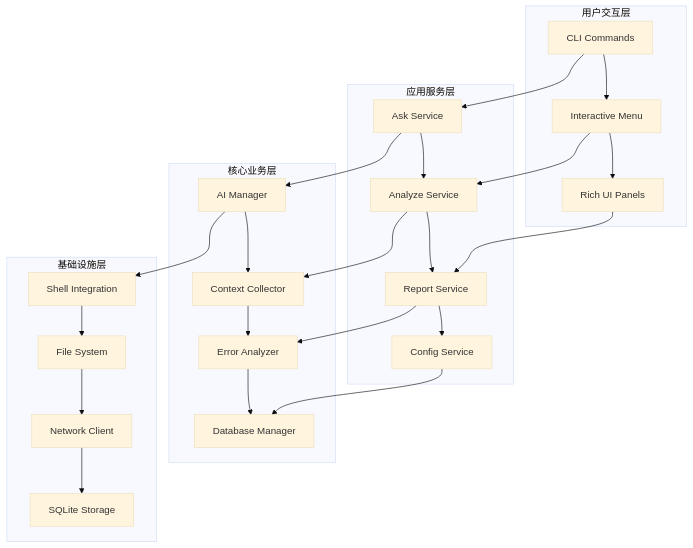
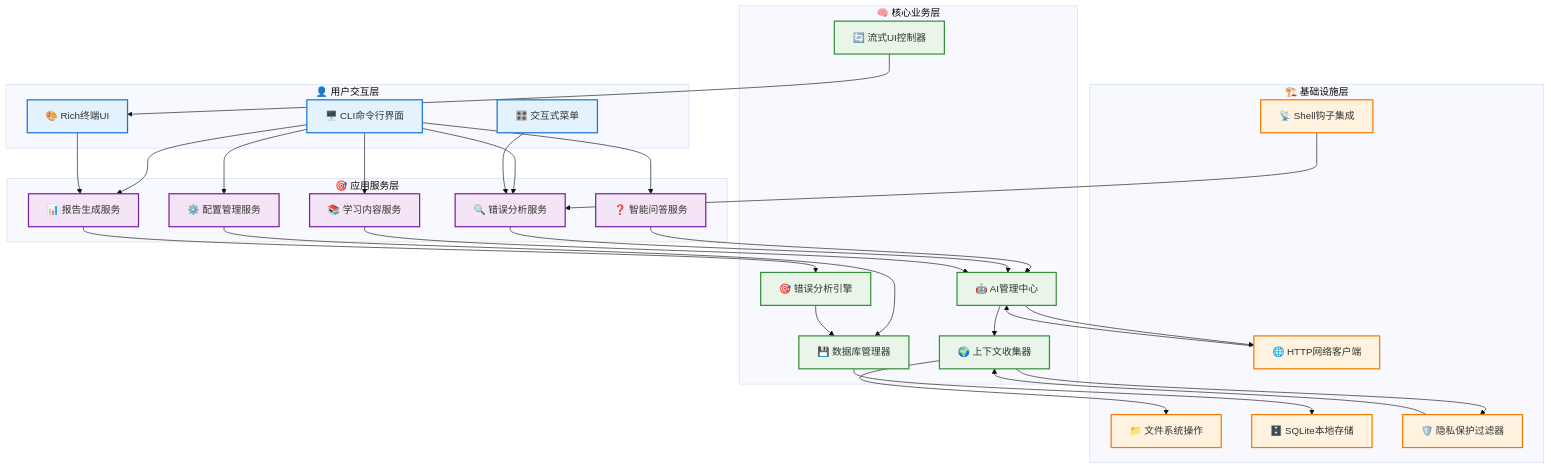
Before and after one commit to kangvcar/ais: the first of 4 diagrams in docs/development/architecture.md, drawn with Mermaid (base theme). The commit also changed other lines of this file, not shown here.

Commit message:
feat: 重新设计架构设计页面的系统架构图
### 架构图优化
- 🎨 **四层清晰分层**: 用户交互层、应用服务层、核心业务层、基础设施层
  * 👤 用户交互层: CLI界面、交互菜单、Rich终端UI
  * 🎯 应用服务层: 问答、分析、报告、配置、学习五大服务
  * 🧠 核心业务层: AI管理、上下文收集、错误分析、数据库、流式UI
  * 🏗️ 基础设施层: Shell集成、文件系统、网络、存储、隐私保护

- 🌈 **层次化色彩设计**:
  * 蓝色系: 用户交互层  < /dev/null |  紫色系: 应用服务层
  * 绿色系: 核心业务层 | 橙色系: 基础设施层

- 😊 **直观图标语义**: 每个组件都有对应emoji图标
  * 🖥️ CLI、🤖 AI、📡 Shell钩子、🛡️ 隐私保护等
  * 降低技术理解门槛，便于开发者快速把握系统结构

- 🔗 **精确的依赖关系**: 展示组件间的真实调用关系
  * 从用户操作到底层存储的完整数据流
  * 突出核心业务逻辑和关键连接点

### 技术价值
- 为开发者提供清晰的系统全貌认知
- 便于理解各层职责和组件交互关系
- 支持架构演进和组件扩展决策

````diff
--- a/docs/development/architecture.md
+++ b/docs/development/architecture.md
@@ -11,34 +11,73 @@
 ```mermaid
-graph TB
-    subgraph "用户交互层"
-        A[CLI Commands] --> B[Interactive Menu]
-        B --> C[Rich UI Panels]
+flowchart TD
+    subgraph "👤 用户交互层"
+        A[🖥️ CLI命令行界面]
+        B[🎛️ 交互式菜单]
+        C[🎨 Rich终端UI]
     end
     
-    subgraph "应用服务层"
-        D[Ask Service] --> E[Analyze Service]
-        E --> F[Report Service]
-        F --> G[Config Service]
+    subgraph "🎯 应用服务层"
+        D[❓ 智能问答服务]
+        E[🔍 错误分析服务]
+        F[📊 报告生成服务]
+        G[⚙️ 配置管理服务]
+        H[📚 学习内容服务]
     end
     
-    subgraph "核心业务层"
-        H[AI Manager] --> I[Context Collector]
-        I --> J[Error Analyzer]
-        J --> K[Database Manager]
+    subgraph "🧠 核心业务层"
+        I[🤖 AI管理中心]
+        J[🌍 上下文收集器]
+        K[🎯 错误分析引擎]
+        L[💾 数据库管理器]
+        M[🔄 流式UI控制器]
     end
     
-    subgraph "基础设施层"
-        L[Shell Integration] --> M[File System]
-        M --> N[Network Client]
-        N --> O[SQLite Storage]
+    subgraph "🏗️ 基础设施层"
+        N[📡 Shell钩子集成]
+        O[📁 文件系统操作]
+        P[🌐 HTTP网络客户端]
+        Q[🗄️ SQLite本地存储]
+        R[🛡️ 隐私保护过滤器]
     end
     
+    %% 用户交互层连接
     A --> D
-    D --> H
-    H --> L
+    A --> E
+    A --> F
+    A --> G
+    A --> H
     B --> E
+    C --> F
+    
+    %% 应用服务层连接
+    D --> I
     E --> I
-    C --> F
-    F --> J
-    G --> K
+    F --> K
+    G --> L
+    H --> I
+    
+    %% 核心业务层连接
+    I --> J
+    I --> P
+    J --> R
+    K --> L
+    M --> C
+    
+    %% 基础设施层连接
+    N --> E
+    J --> O
+    P --> I
+    L --> Q
+    R --> J
+    
+    %% 样式定义
+    classDef userLayer fill:#e3f2fd,stroke:#1976d2,stroke-width:2px
+    classDef serviceLayer fill:#f3e5f5,stroke:#7b1fa2,stroke-width:2px
+    classDef coreLayer fill:#e8f5e8,stroke:#388e3c,stroke-width:2px
+    classDef infraLayer fill:#fff3e0,stroke:#f57c00,stroke-width:2px
+    
+    class A,B,C userLayer
+    class D,E,F,G,H serviceLayer
+    class I,J,K,L,M coreLayer
+    class N,O,P,Q,R infraLayer
 ```
````
